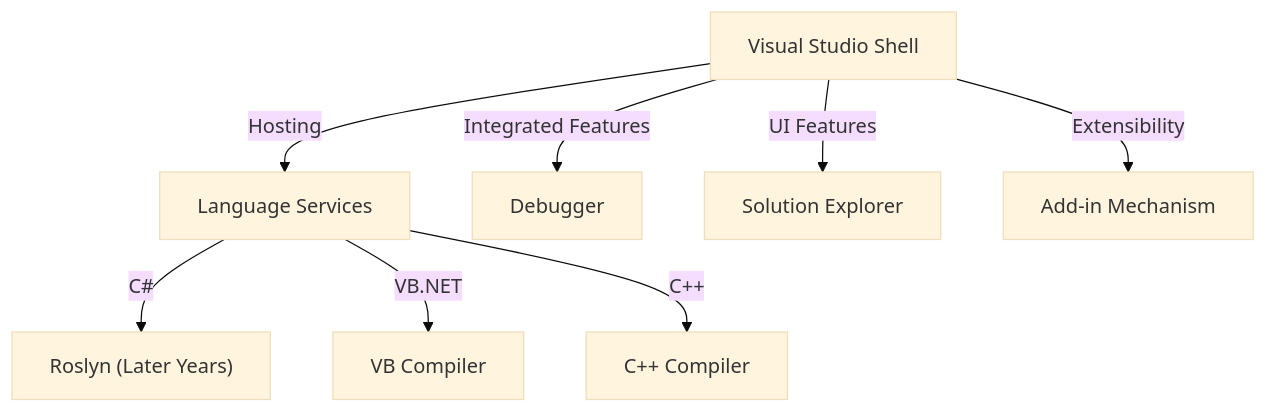
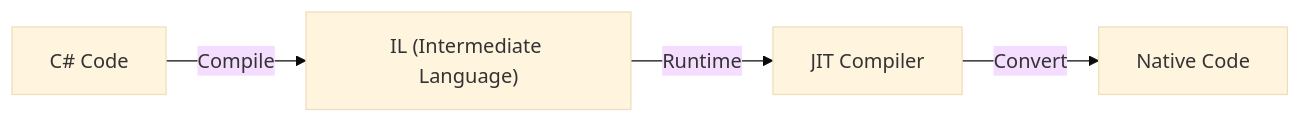
The second of 2 diagrams in content/post/history-of-visual-studio/index.en.md (kenjinote/blog), drawn with Mermaid (base theme) before and after one commit. The commit also changed other lines of this file and 129 other files, not shown here.

````diff
--- a/content/post/history-of-visual-studio/index.en.md
+++ b/content/post/history-of-visual-studio/index.en.md
@@ -85,11 +51,6 @@
 ```mermaid
-graph TD
-    A["Visual Studio Shell"] -- "Hosting" --> B["Language Services"]
-    B -- "C#" --> C["Roslyn (Later Years)"]
-    B -- "VB.NET" --> D["VB Compiler"]
-    B -- "C++" --> E["C++ Compiler"]
-    
-    A -- "Integrated Features" --> F["Debugger"]
-    A -- "UI Features" --> G["Solution Explorer"]
-    A -- "Extensibility" --> H["Add-in Mechanism"]
+graph LR
+    A["C# Code"] -- "Compile" --> B["IL (Intermediate Language)"]
+    B -- "Runtime" --> C["JIT Compiler"]
+    C -- "Convert" --> D["Native Code"]
 ```
````
